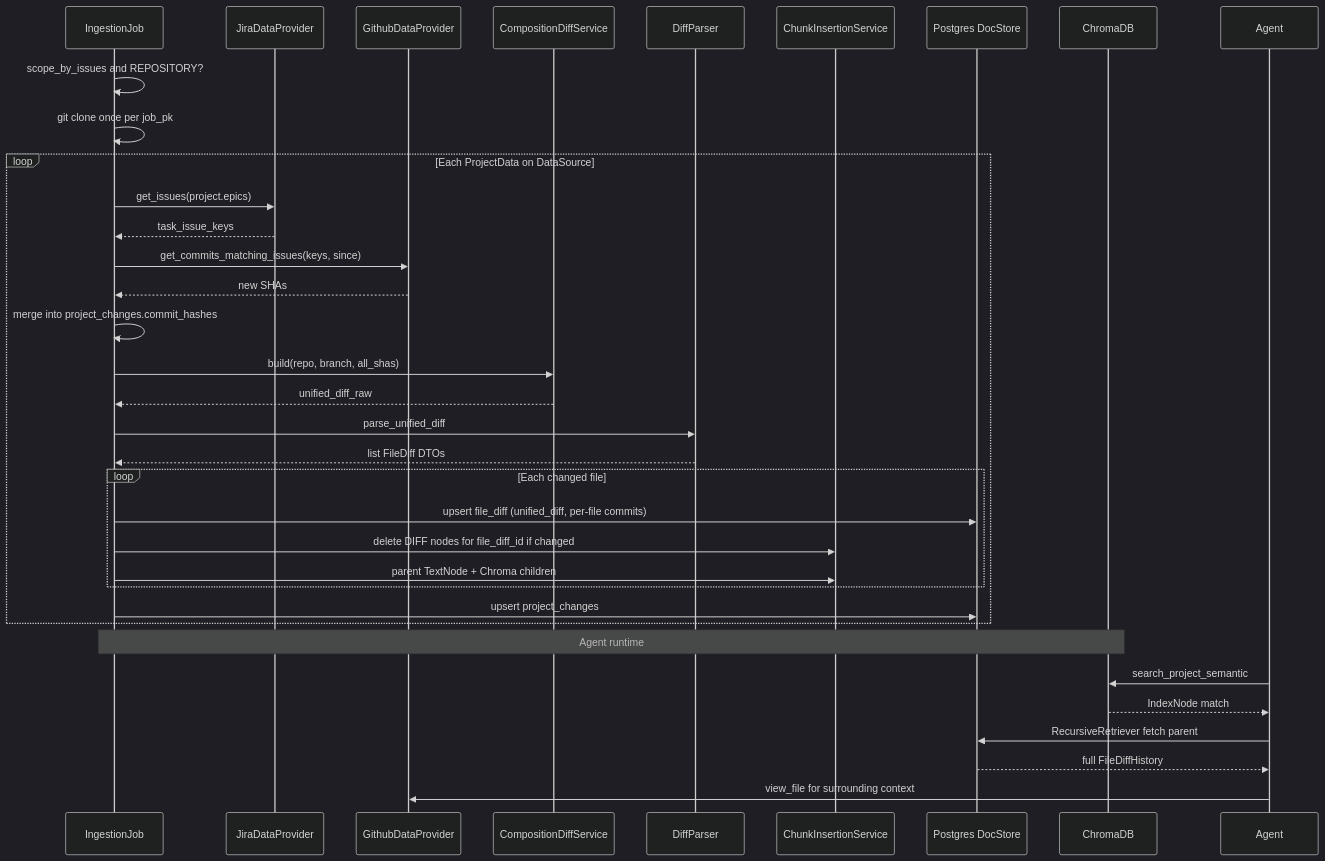
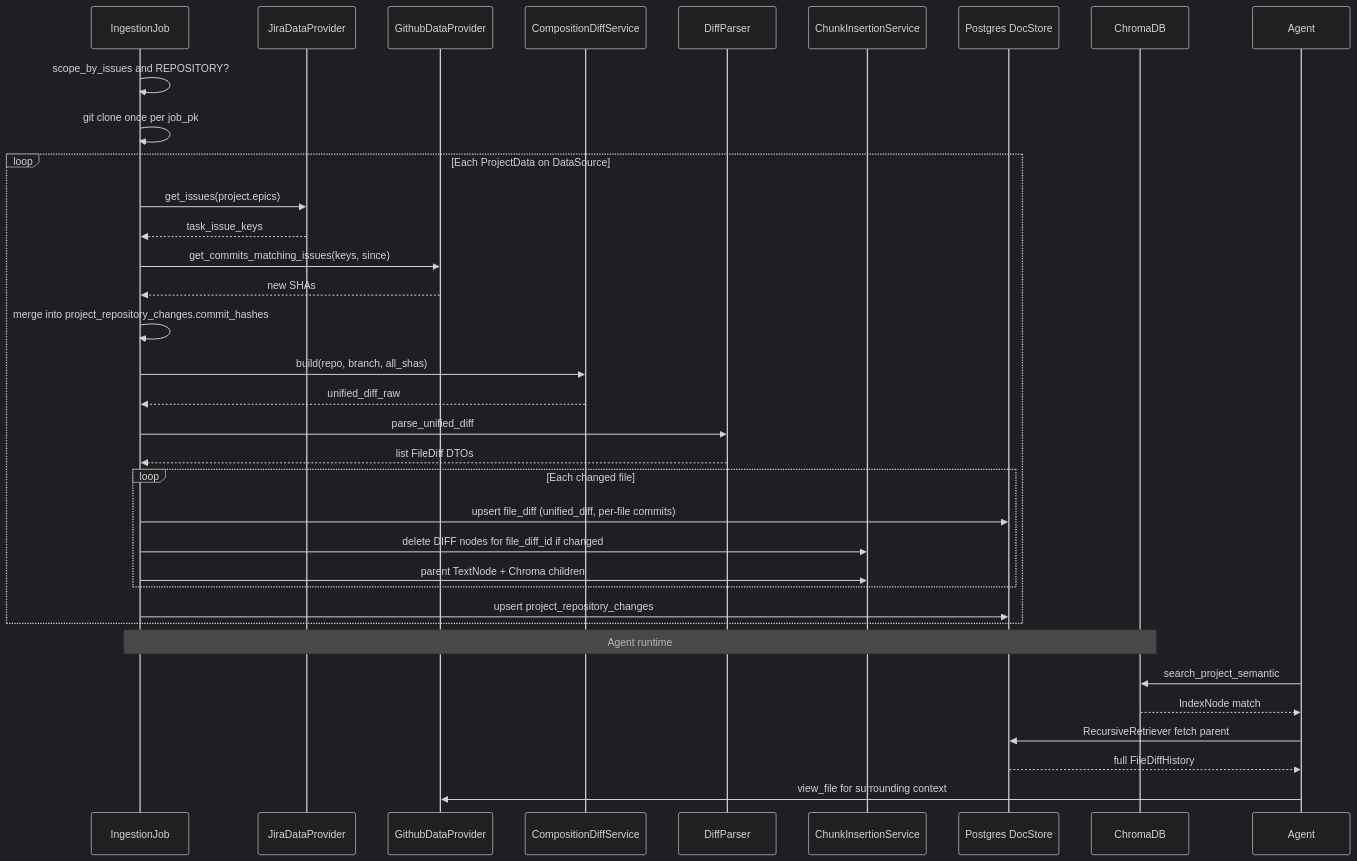
Before and after one commit to KBavis/project-context: the diagram in PROJECT_SCOPING_FINAL_PLAN.md, drawn with Mermaid (dark theme). The commit also changed other lines of this file, not shown here.

````diff
--- a/PROJECT_SCOPING_FINAL_PLAN.md
+++ b/PROJECT_SCOPING_FINAL_PLAN.md
@@ -1128,41 +1128,41 @@
 ```mermaid
 sequenceDiagram
     participant Job as IngestionJob
     participant Jira as JiraDataProvider
     participant GH as GithubDataProvider
     participant Comp as CompositionDiffService
     participant Parse as DiffParser
     participant CIS as ChunkInsertionService
     participant PG as Postgres DocStore
     participant Chroma as ChromaDB
 
     Job->>Job: scope_by_issues and REPOSITORY?
     Job->>Job: git clone once per job_pk
 
     loop Each ProjectData on DataSource
         Job->>Jira: get_issues(project.epics)
         Jira-->>Job: task_issue_keys
         Job->>GH: get_commits_matching_issues(keys, since)
         GH-->>Job: new SHAs
-        Job->>Job: merge into project_changes.commit_hashes
+        Job->>Job: merge into project_repository_changes.commit_hashes
         Job->>Comp: build(repo, branch, all_shas)
         Comp-->>Job: unified_diff_raw
         Job->>Parse: parse_unified_diff
         Parse-->>Job: list FileDiff DTOs
         loop Each changed file
             Job->>PG: upsert file_diff (unified_diff, per-file commits)
             Job->>CIS: delete DIFF nodes for file_diff_id if changed
             Job->>CIS: parent TextNode + Chroma children
         end
-        Job->>PG: upsert project_changes
+        Job->>PG: upsert project_repository_changes
     end
 
     Note over Job,Chroma: Agent runtime
 
     participant Agent
     Agent->>Chroma: search_project_semantic
     Chroma-->>Agent: IndexNode match
     Agent->>PG: RecursiveRetriever fetch parent
     PG-->>Agent: full FileDiffHistory
     Agent->>GH: view_file for surrounding context
 ```
````
